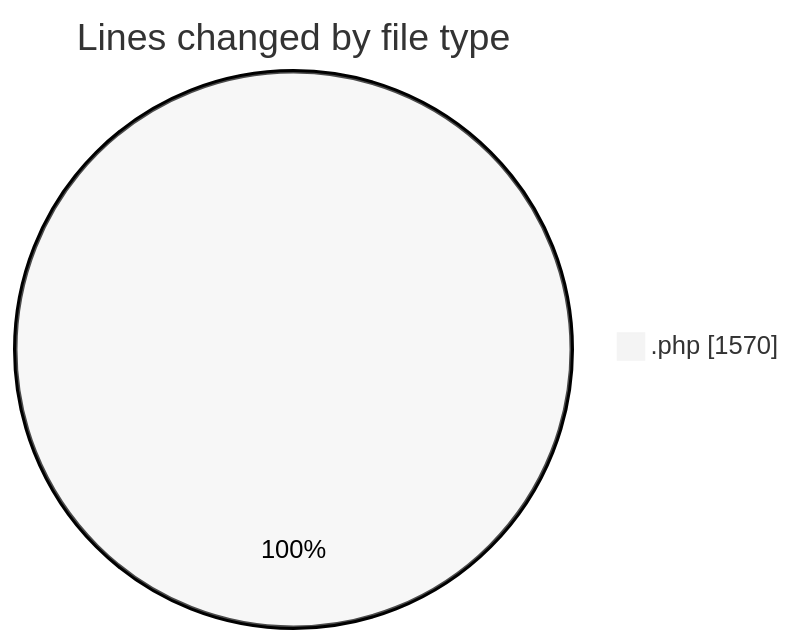
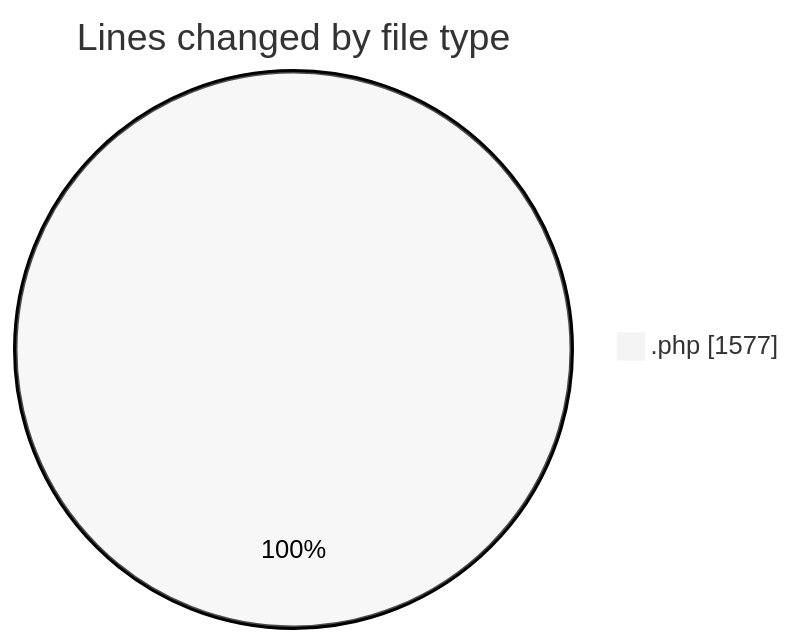
The first of 2 diagrams in 2025-08-20/enfold-child/README.md (debugP/code-tracking), drawn with Mermaid (neutral theme) before and after one commit. The commit also changed other lines of this file and 1 other file, not shown here.

````diff
--- a/2025-08-20/enfold-child/README.md
+++ b/2025-08-20/enfold-child/README.md
@@ -20,5 +20,5 @@
 ```mermaid
 pie showData
 title Lines changed by file type
-".php" : 1570
+".php" : 1577
 ```
````
